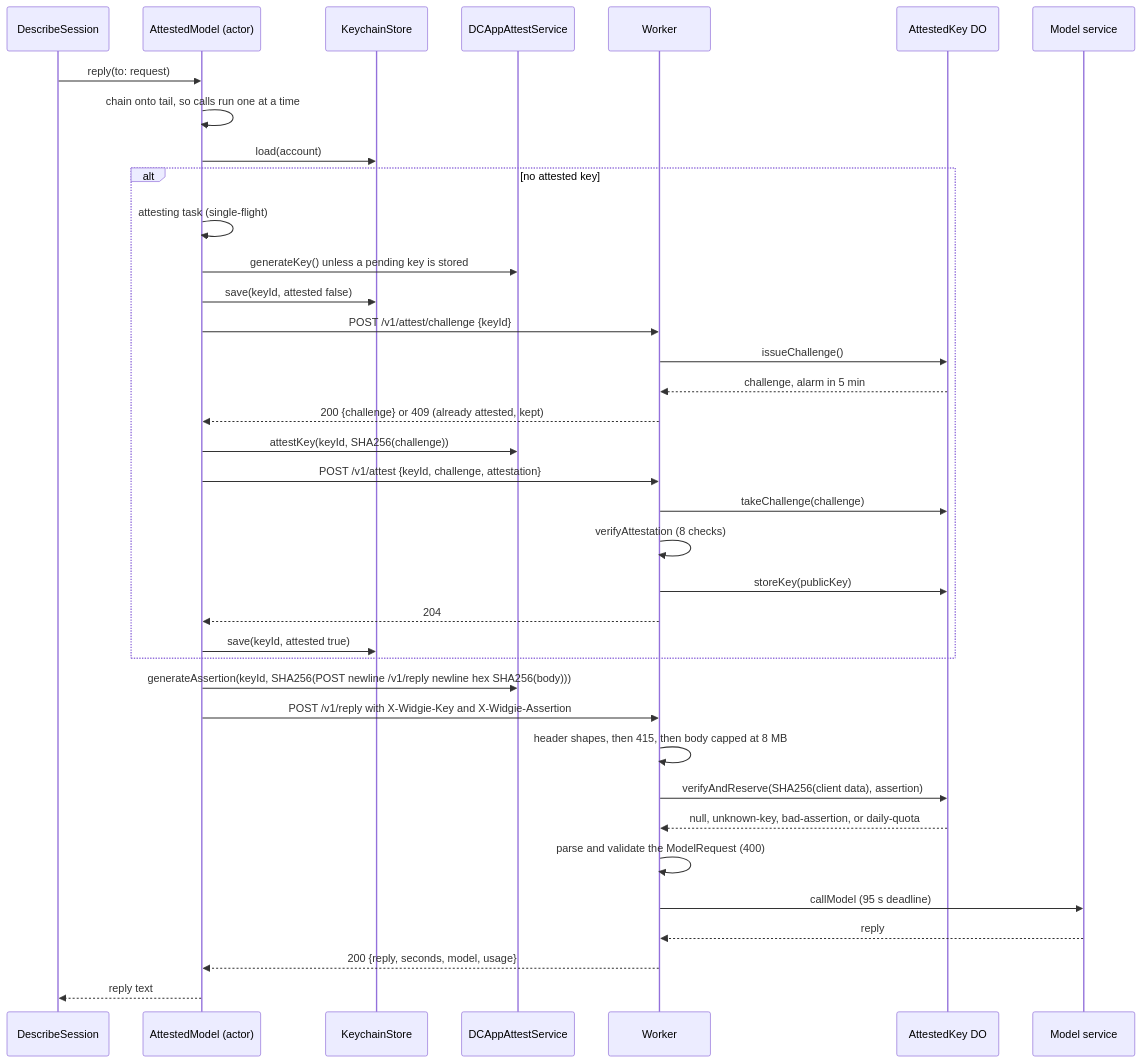
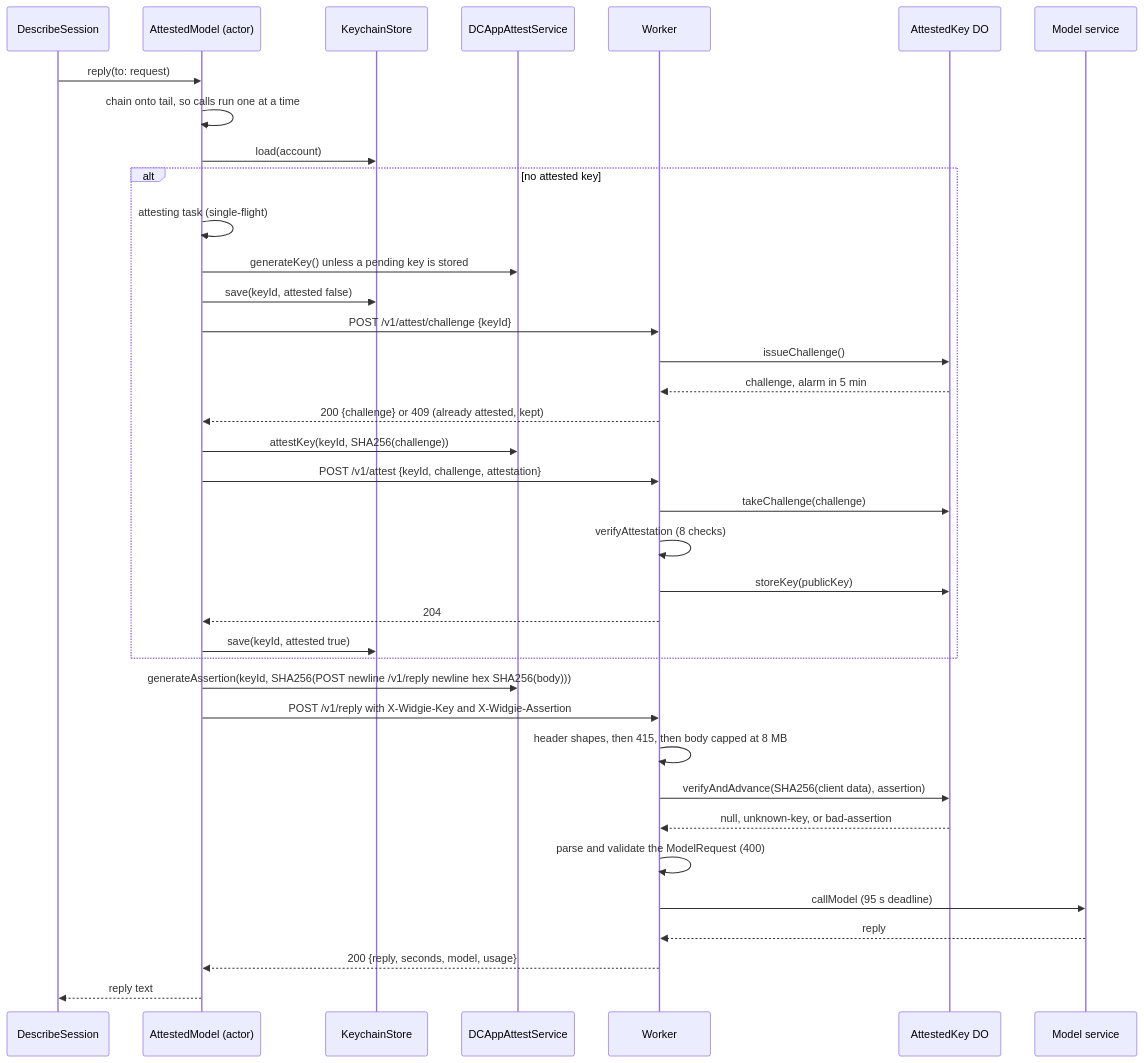
The first of 7 diagrams in docs/pr/23-phase-2b-b2.md (Krutik460/Widgie), drawn with Mermaid before and after one commit. The commit also changed other lines of this file and 22 other files, not shown here.

````diff
--- a/docs/pr/23-phase-2b-b2.md
+++ b/docs/pr/23-phase-2b-b2.md
@@ -25,39 +28,39 @@
 ```mermaid
 sequenceDiagram
   participant S as DescribeSession
   participant M as AttestedModel (actor)
   participant K as KeychainStore
   participant A as DCAppAttestService
   participant W as Worker
   participant D as AttestedKey DO
   participant O as Model service
   S->>M: reply(to: request)
   M->>M: chain onto tail, so calls run one at a time
   M->>K: load(account)
   alt no attested key
     M->>M: attesting task (single-flight)
     M->>A: generateKey() unless a pending key is stored
     M->>K: save(keyId, attested false)
     M->>W: POST /v1/attest/challenge {keyId}
     W->>D: issueChallenge()
     D-->>W: challenge, alarm in 5 min
     W-->>M: 200 {challenge} or 409 (already attested, kept)
     M->>A: attestKey(keyId, SHA256(challenge))
     M->>W: POST /v1/attest {keyId, challenge, attestation}
     W->>D: takeChallenge(challenge)
     W->>W: verifyAttestation (8 checks)
     W->>D: storeKey(publicKey)
     W-->>M: 204
     M->>K: save(keyId, attested true)
   end
   M->>A: generateAssertion(keyId, SHA256(POST newline /v1/reply newline hex SHA256(body)))
   M->>W: POST /v1/reply with X-Widgie-Key and X-Widgie-Assertion
   W->>W: header shapes, then 415, then body capped at 8 MB
-  W->>D: verifyAndReserve(SHA256(client data), assertion)
-  D-->>W: null, unknown-key, bad-assertion, or daily-quota
+  W->>D: verifyAndAdvance(SHA256(client data), assertion)
+  D-->>W: null, unknown-key, or bad-assertion
   W->>W: parse and validate the ModelRequest (400)
   W->>O: callModel (95 s deadline)
   O-->>W: reply
   W-->>M: 200 {reply, seconds, model, usage}
   M-->>S: reply text
 ```
````
